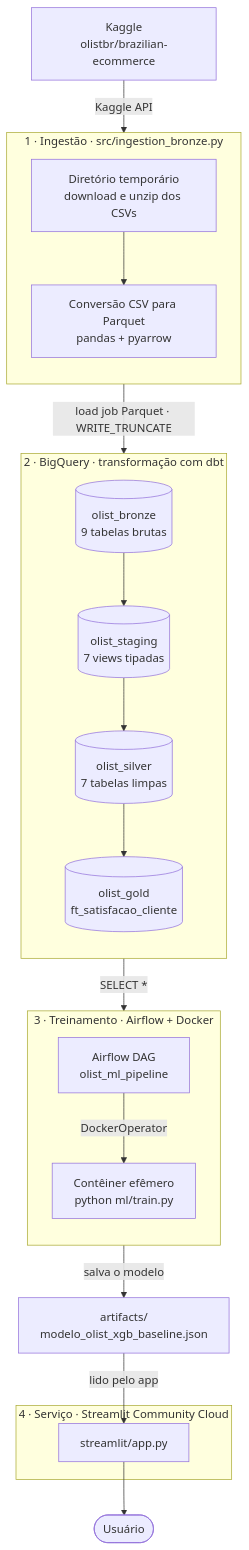
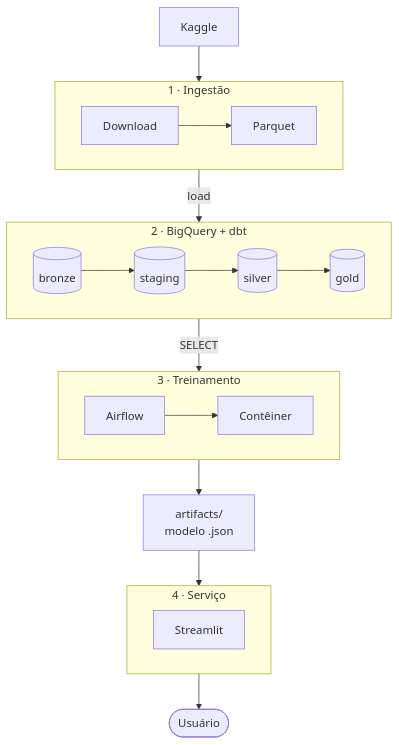
Before and after one commit to zVilanova/Olist-Satisfaction-Classifier: the first of 4 diagrams in README.md, drawn with Mermaid. The commit also changed other lines of this file, not shown here.

````diff
--- a/README.md
+++ b/README.md
@@ -61,40 +65,32 @@
 ```mermaid
 flowchart TB
-    KG["Kaggle<br/>olistbr/brazilian-ecommerce"]
+    KG["Kaggle"]
 
-    subgraph ING["1 · Ingestão · src/ingestion_bronze.py"]
-        direction TB
-        TMP["Diretório temporário<br/>download e unzip dos CSVs"]
-        PQ["Conversão CSV para Parquet<br/>pandas + pyarrow"]
-        TMP --> PQ
+    subgraph ING["1 · Ingestão"]
+        direction LR
+        TMP["Download"] --> PQ["Parquet"]
     end
 
-    subgraph DW["2 · BigQuery · transformação com dbt"]
-        direction TB
-        BRZ[("olist_bronze<br/>9 tabelas brutas")]
-        STG[("olist_staging<br/>7 views tipadas")]
-        SLV[("olist_silver<br/>7 tabelas limpas")]
-        GLD[("olist_gold<br/>ft_satisfacao_cliente")]
-        BRZ --> STG --> SLV --> GLD
+    subgraph DW["2 · BigQuery + dbt"]
+        direction LR
+        BRZ[("bronze")] --> STG[("staging")] --> SLV[("silver")] --> GLD[("gold")]
     end
 
-    subgraph TRN["3 · Treinamento · Airflow + Docker"]
-        direction TB
-        AF["Airflow DAG<br/>olist_ml_pipeline"]
-        CTR["Contêiner efêmero<br/>python ml/train.py"]
-        AF -->|DockerOperator| CTR
+    subgraph TRN["3 · Treinamento"]
+        direction LR
+        AF["Airflow"] --> CTR["Contêiner"]
     end
 
-    ART["artifacts/<br/>modelo_olist_xgb_baseline.json"]
+    ART["artifacts/<br/>modelo .json"]
 
-    subgraph SRV["4 · Serviço · Streamlit Community Cloud"]
-        APP["streamlit/app.py"]
+    subgraph SRV["4 · Serviço"]
+        APP["Streamlit"]
     end
 
-    KG -->|Kaggle API| TMP
-    PQ -->|"load job Parquet · WRITE_TRUNCATE"| BRZ
-    GLD -->|"SELECT *"| CTR
-    CTR -->|salva o modelo| ART
-    ART -->|lido pelo app| APP
-    APP --> USR(["Usuário"])
+    KG --> ING
+    ING -->|load| DW
+    DW -->|SELECT| TRN
+    TRN --> ART
+    ART --> SRV
+    SRV --> USR(["Usuário"])
 ```
````
